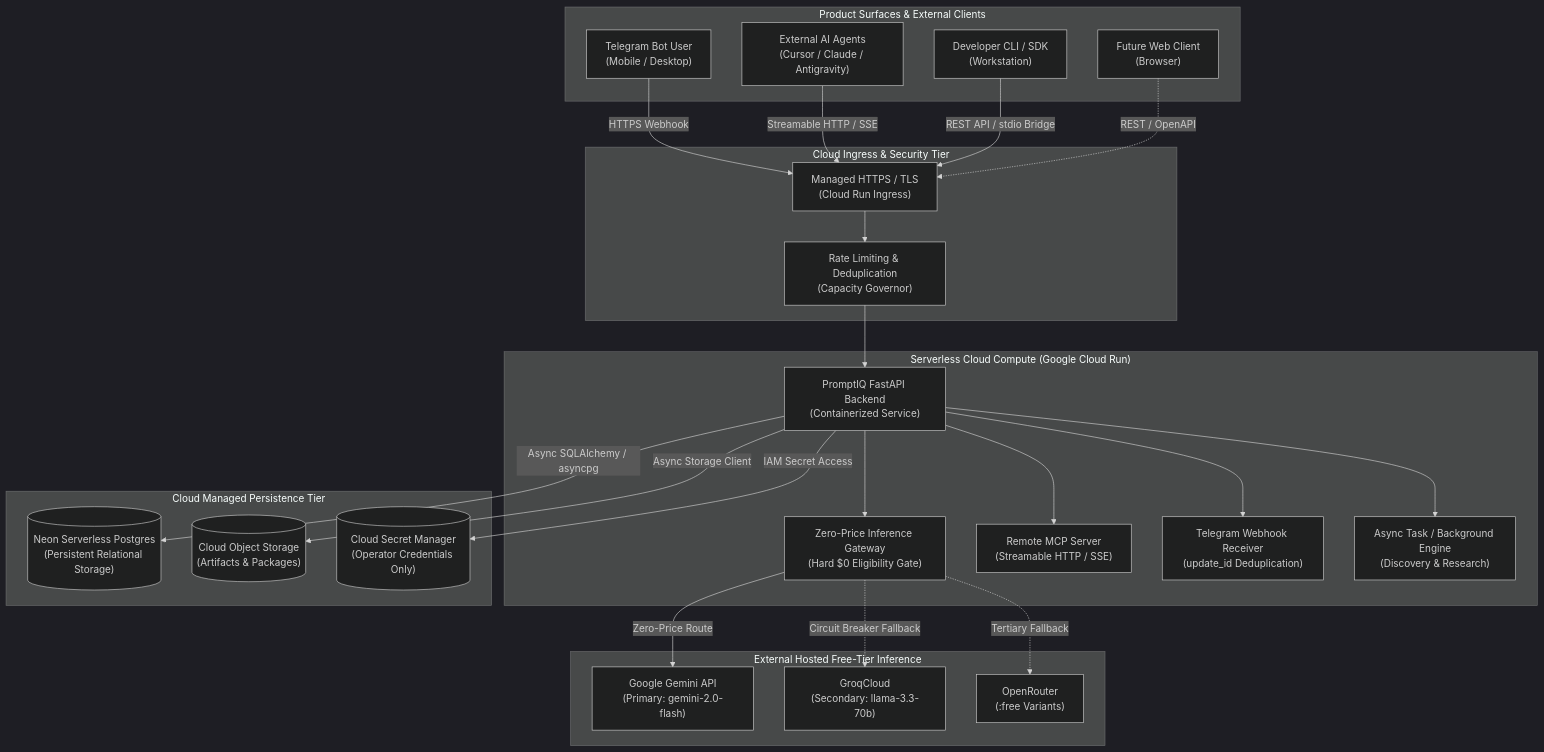
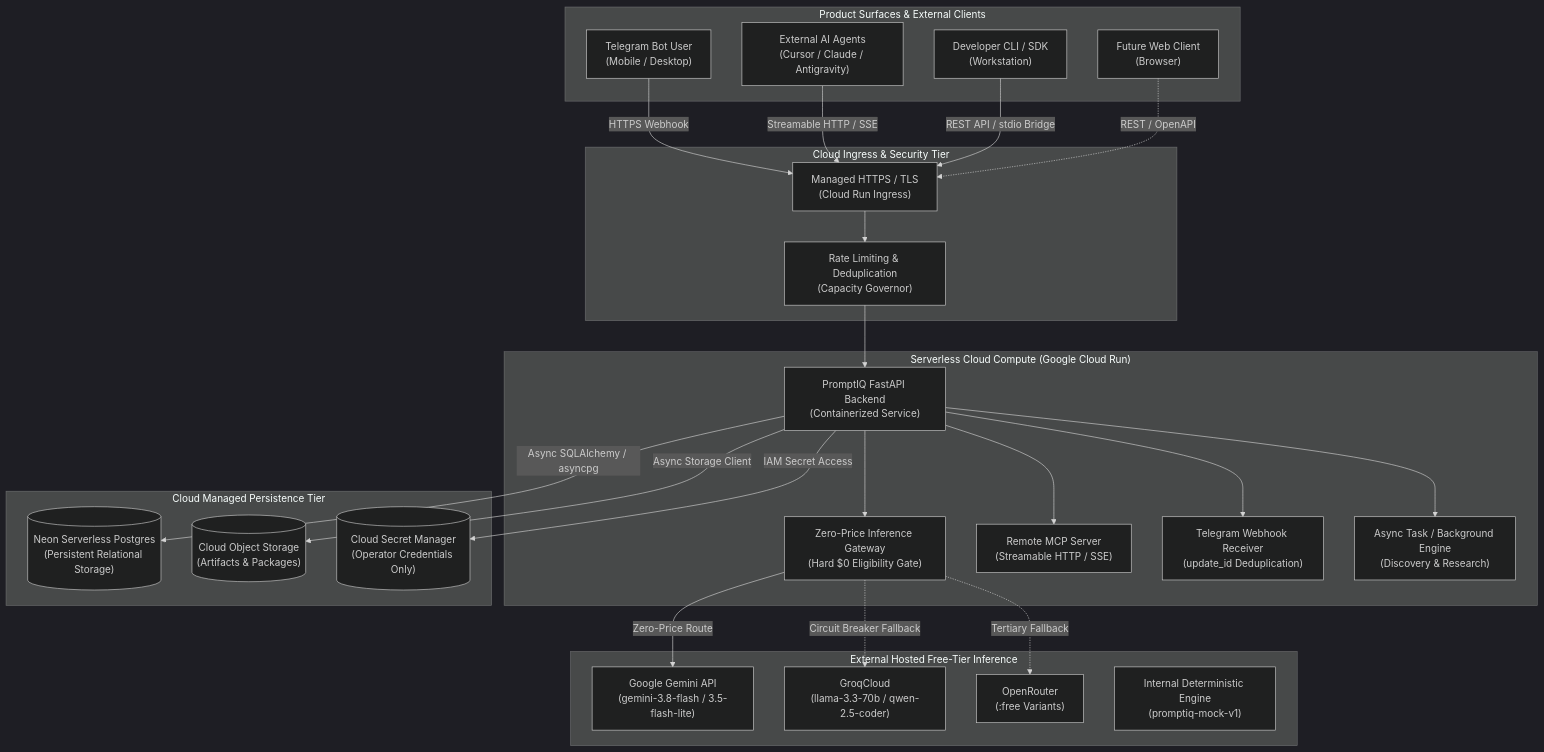
The diagram in docs/CLOUD_ARCHITECTURE.md (PRIYESHRAJ17/PromptIQ), drawn with Mermaid (dark theme) before and after one commit. The commit also changed 38 other files, not shown here.

````diff
--- a/docs/CLOUD_ARCHITECTURE.md
+++ b/docs/CLOUD_ARCHITECTURE.md
@@ -10,54 +10,55 @@
 ```mermaid
 flowchart TD
     subgraph Clients["Product Surfaces & External Clients"]
         TG["Telegram Bot User\n(Mobile / Desktop)"]
         EXT_AGENT["External AI Agents\n(Cursor / Claude / Antigravity)"]
         CLI_USER["Developer CLI / SDK\n(Workstation)"]
         WEB_FUTURE["Future Web Client\n(Browser)"]
     end
 
     subgraph Edge["Cloud Ingress & Security Tier"]
         HTTPS["Managed HTTPS / TLS\n(Cloud Run Ingress)"]
         WAF["Rate Limiting & Deduplication\n(Capacity Governor)"]
     end
 
     subgraph Compute["Serverless Cloud Compute (Google Cloud Run)"]
         API["PromptIQ FastAPI Backend\n(Containerized Service)"]
         GW["Zero-Price Inference Gateway\n(Hard $0 Eligibility Gate)"]
         REMOTE_MCP["Remote MCP Server\n(Streamable HTTP / SSE)"]
         TG_HOOK["Telegram Webhook Receiver\n(update_id Deduplication)"]
         WORKER["Async Task / Background Engine\n(Discovery & Research)"]
     end
 
     subgraph Persistence["Cloud Managed Persistence Tier"]
         NEON_DB[("Neon Serverless Postgres\n(Persistent Relational Storage)")]
         CLOUD_STORAGE[("Cloud Object Storage\n(Artifacts & Packages)")]
         SECRETS[("Cloud Secret Manager\n(Operator Credentials Only)")]
     end
 
     subgraph InferenceProviders["External Hosted Free-Tier Inference"]
-        GEMINI["Google Gemini API\n(Primary: gemini-2.0-flash)"]
-        GROQ["GroqCloud\n(Secondary: llama-3.3-70b)"]
+        GEMINI["Google Gemini API\n(gemini-3.8-flash / 3.5-flash-lite)"]
+        GROQ["GroqCloud\n(llama-3.3-70b / qwen-2.5-coder)"]
         OPENROUTER["OpenRouter\n(:free Variants)"]
+        MOCK["Internal Deterministic Engine\n(promptiq-mock-v1)"]
     end
 
     TG -->|HTTPS Webhook| HTTPS
     EXT_AGENT -->|Streamable HTTP / SSE| HTTPS
     CLI_USER -->|REST API / stdio Bridge| HTTPS
     WEB_FUTURE -.->|REST / OpenAPI| HTTPS
 
     HTTPS --> WAF
     WAF --> API
     API --> REMOTE_MCP
     API --> TG_HOOK
     API --> WORKER
     API --> GW
 
     GW -->|Zero-Price Route| GEMINI
     GW -.->|Circuit Breaker Fallback| GROQ
     GW -.->|Tertiary Fallback| OPENROUTER
 
     API -->|Async SQLAlchemy / asyncpg| NEON_DB
     API -->|Async Storage Client| CLOUD_STORAGE
     API -->|IAM Secret Access| SECRETS
 ```
````
